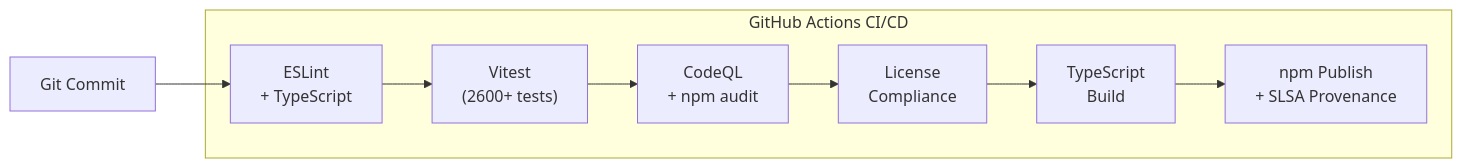
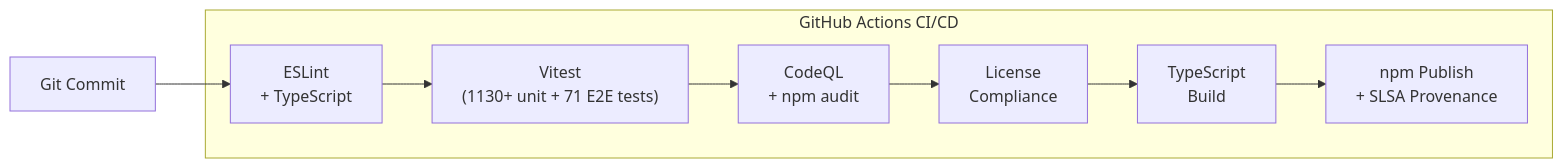
The eighth of 10 diagrams in docs/api-markdown/documents/SECURITY_ARCHITECTURE.md (Hack23/European-Parliament-MCP-Server), drawn with Mermaid before and after one commit. The commit also changed other lines of this file and 1862 other files, not shown here.

````diff
--- a/docs/api-markdown/documents/SECURITY_ARCHITECTURE.md
+++ b/docs/api-markdown/documents/SECURITY_ARCHITECTURE.md
@@ -596,13 +596,13 @@
 ```mermaid
 flowchart LR
     subgraph CI["GitHub Actions CI/CD"]
         Lint["ESLint\n+ TypeScript"]
-        Test["Vitest\n(2600+ tests)"]
+        Test["Vitest\n(1130+ unit + 71 E2E tests)"]
         Scan["CodeQL\n+ npm audit"]
         License["License\nCompliance"]
         Build["TypeScript\nBuild"]
         Publish["npm Publish\n+ SLSA Provenance"]
     end
 
     Commit["Git Commit"] --> Lint --> Test --> Scan --> License --> Build --> Publish
 ```
````
